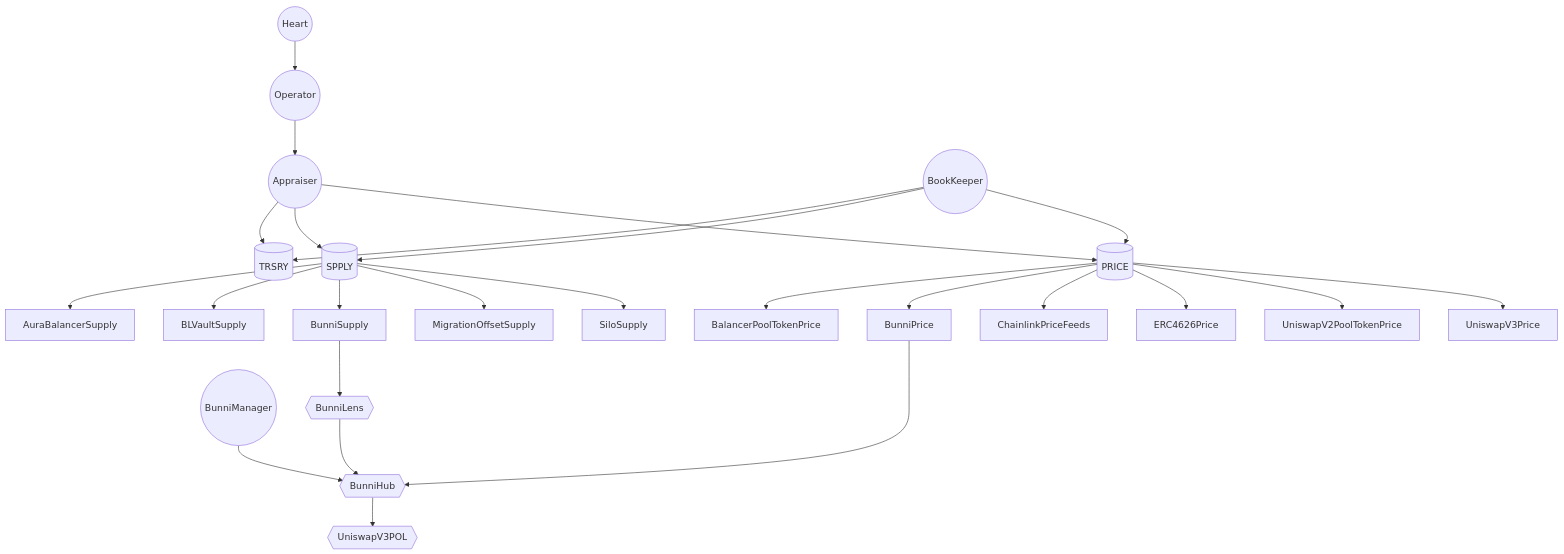
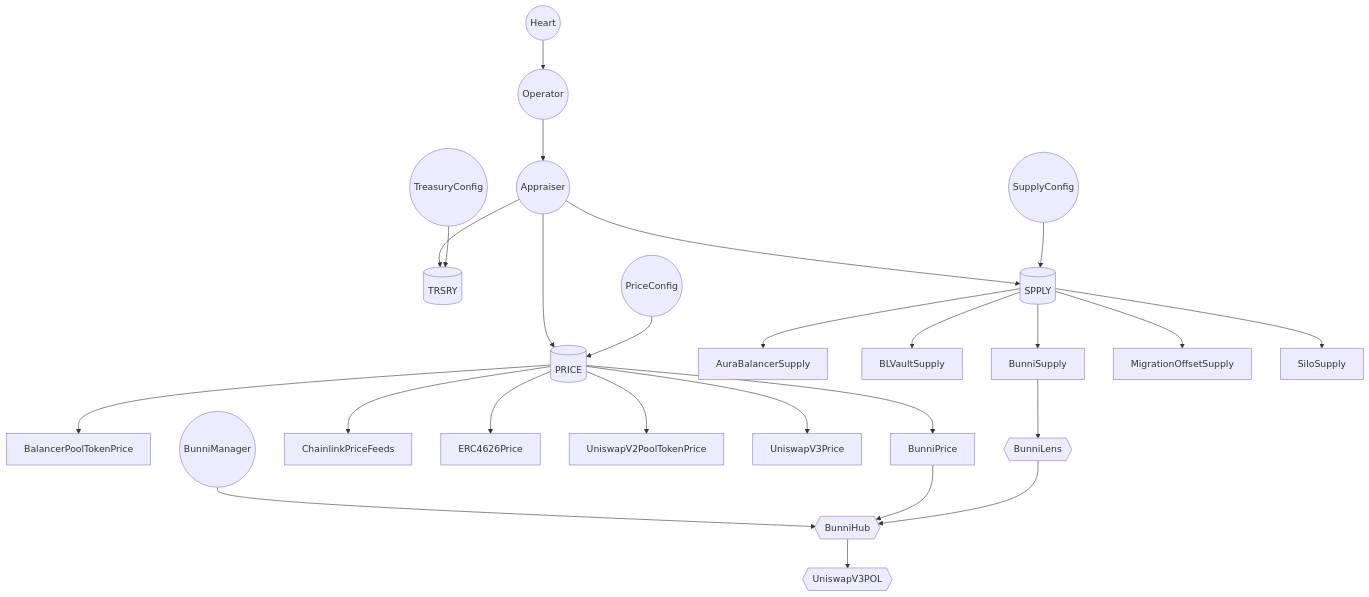
Before and after one commit to OlympusDAO/olympus-v3: the first of 2 diagrams in audit/2023-11_rbs-v2/README.md, drawn with Mermaid. The commit also changed other lines of this file, not shown here.

````diff
--- a/audit/2023-11_rbs-v2/README.md
+++ b/audit/2023-11_rbs-v2/README.md
@@ -147,35 +149,39 @@
 ```mermaid
 flowchart TD
   Heart((Heart)) --> Operator
   Operator((Operator)) --> Appraiser((Appraiser))
 
   Appraiser --> TRSRY[(TRSRY)]
   Appraiser --> SPPLY[(SPPLY)]
   Appraiser --> PRICE[(PRICE)]
 
-  BookKeeper((BookKeeper))
-  BookKeeper --> TRSRY
-  BookKeeper --> SPPLY
-  BookKeeper --> PRICE
+  TreasuryConfig((TreasuryConfig))
+  TreasuryConfig --> TRSRY
+
+  PriceConfig((PriceConfig))
+  PriceConfig --> PRICE
+
+  SupplyConfig((SupplyConfig))
+  SupplyConfig --> SPPLY
 
   SPPLY --> AuraBalancerSupply
   SPPLY --> BLVaultSupply
   SPPLY --> BunniSupply
   SPPLY --> MigrationOffsetSupply
   SPPLY --> SiloSupply
 
   PRICE --> BalancerPoolTokenPrice
   PRICE --> BunniPrice
   PRICE --> ChainlinkPriceFeeds
   PRICE --> ERC4626Price
   PRICE --> UniswapV2PoolTokenPrice
   PRICE --> UniswapV3Price
 
   BunniHub{{BunniHub}} --> UniswapV3POL{{UniswapV3POL}}
 
   BunniManager((BunniManager)) --> BunniHub
 
   BunniPrice --> BunniHub
 
   BunniSupply --> BunniLens{{BunniLens}} --> BunniHub
 ```
````
